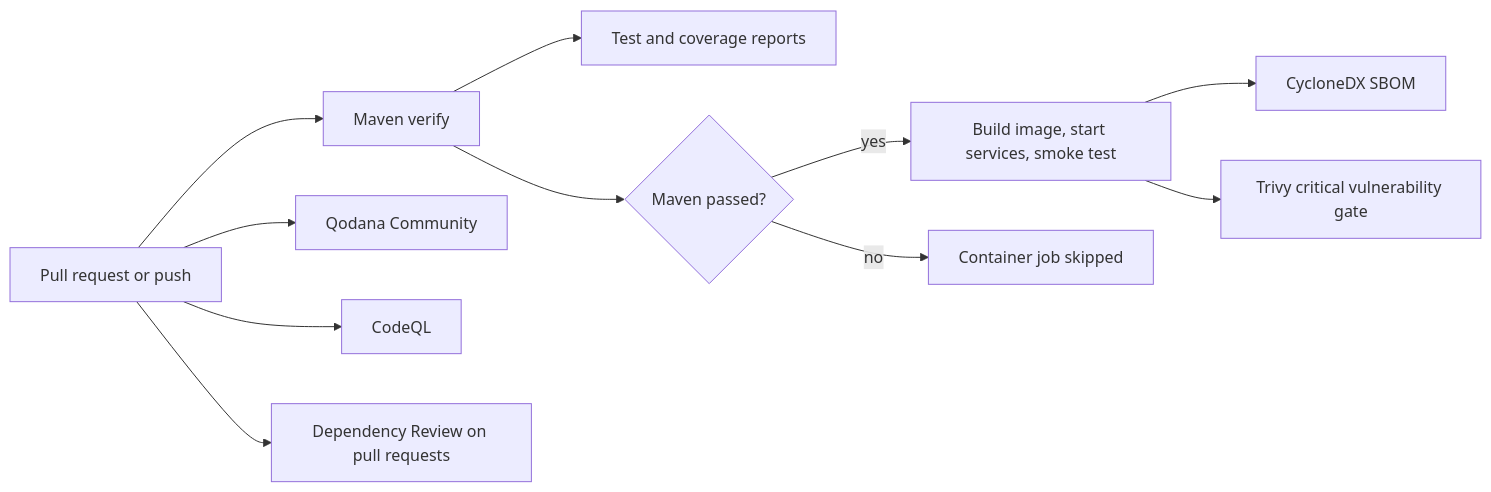
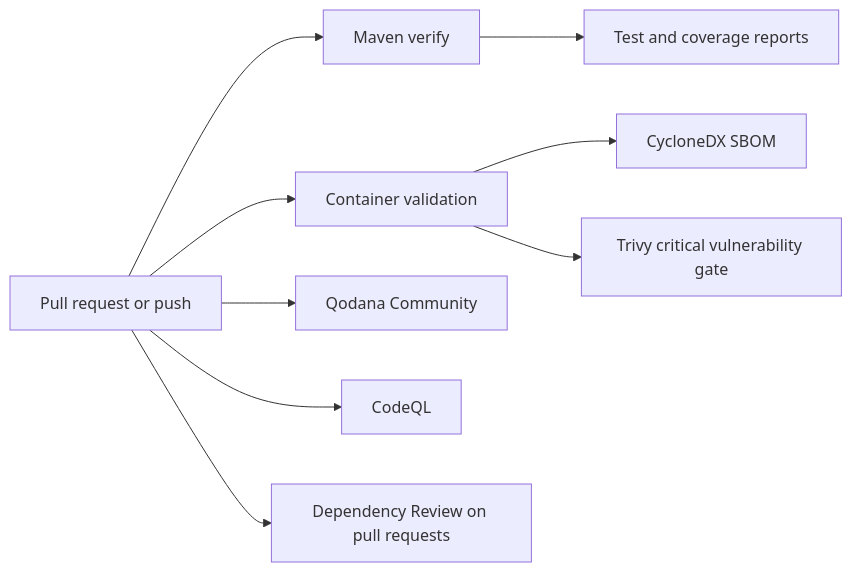
The fourth of 4 diagrams in README.md (Luca5Eckert/Kairos), drawn with Mermaid before and after one commit. The commit also changed other lines of this file and 3 other files, not shown here.

````diff
--- a/README.md
+++ b/README.md
@@ -398,13 +394,11 @@
 ```mermaid
 flowchart LR
-    event[Pull request or push] --> ci[Maven verify]
+    event[Pull request or push] --> validation[Maven verify]
+    event --> container[Container validation]
     event --> quality[Qodana Community]
     event --> security[CodeQL]
     event --> dependency[Dependency Review on pull requests]
-    ci --> reports[Test and coverage reports]
-    ci --> gate{Maven passed?}
-    gate -->|yes| container[Build image, start services, smoke test]
-    gate -->|no| skipped[Container job skipped]
+    validation --> reports[Test and coverage reports]
     container --> sbom[CycloneDX SBOM]
     container --> trivy[Trivy critical vulnerability gate]
 ```
````
